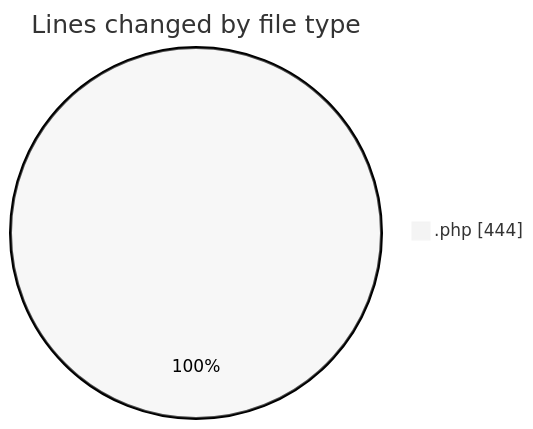
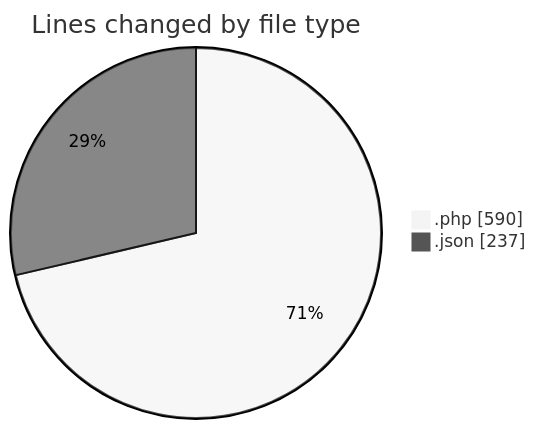
One commit to idhammustaqopulfikri/code-tracking changed the first of 2 diagrams in 2025-05-25/bookingpodcas/README.md. Above: the diagram before and after it, drawn with Mermaid (neutral theme). The commit also changed other lines of this file and 1 other file, not shown here.

````diff
--- a/2025-05-25/bookingpodcas/README.md
+++ b/2025-05-25/bookingpodcas/README.md
@@ -27,5 +30,6 @@
 ```mermaid
 pie showData
 title Lines changed by file type
-".php" : 444
+".php" : 590
+".json" : 237
 ```
````
